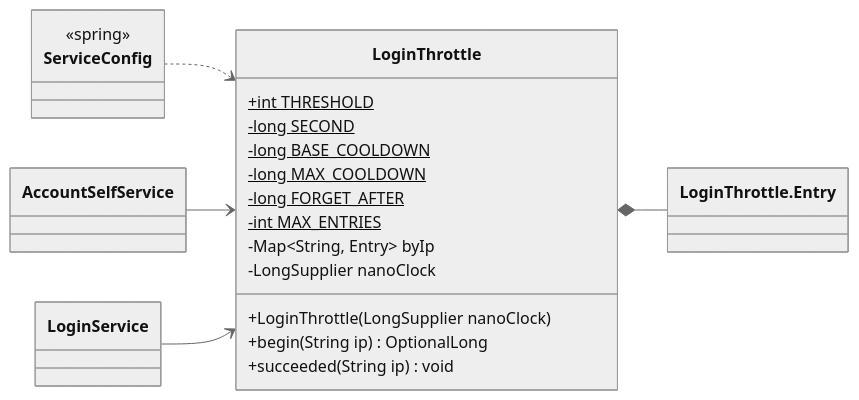
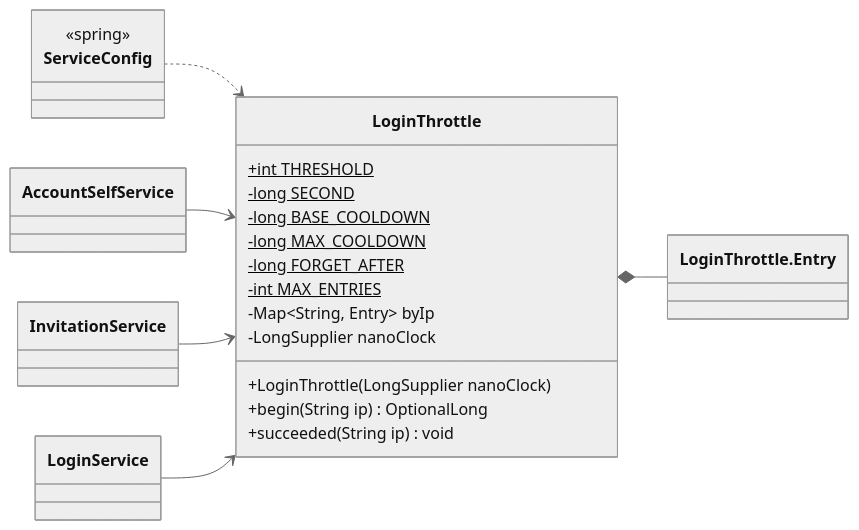
Diagram 21 of 24 in docs/classes/auth.md (Nate-ryan-7690/dahaem), drawn with Mermaid (neutral theme) before and after one commit. The commit also changed other lines of this file and 4 other files, not shown here.

````diff
--- a/docs/classes/auth.md
+++ b/docs/classes/auth.md
@@ -689,27 +1033,29 @@
 ```mermaid
 classDiagram
     direction LR
     class auth_LoginThrottle["LoginThrottle"] {
         +int THRESHOLD$
         -long SECOND$
         -long BASE_COOLDOWN$
         -long MAX_COOLDOWN$
         -long FORGET_AFTER$
         -int MAX_ENTRIES$
         -Map~String, Entry~ byIp
         -LongSupplier nanoClock
         +LoginThrottle(LongSupplier nanoClock)
         +begin(String ip) OptionalLong
         +succeeded(String ip) void
     }
     class auth_LoginThrottle_Entry["LoginThrottle.Entry"]
     class auth_AccountSelfService["AccountSelfService"]
+    class auth_InvitationService["InvitationService"]
     class auth_LoginService["LoginService"]
     class api_ServiceConfig["ServiceConfig"] {
         <<spring>>
     }
     auth_LoginThrottle *-- auth_LoginThrottle_Entry
     api_ServiceConfig ..> auth_LoginThrottle
     auth_AccountSelfService --> auth_LoginThrottle
+    auth_InvitationService --> auth_LoginThrottle
     auth_LoginService --> auth_LoginThrottle
 ```
````
